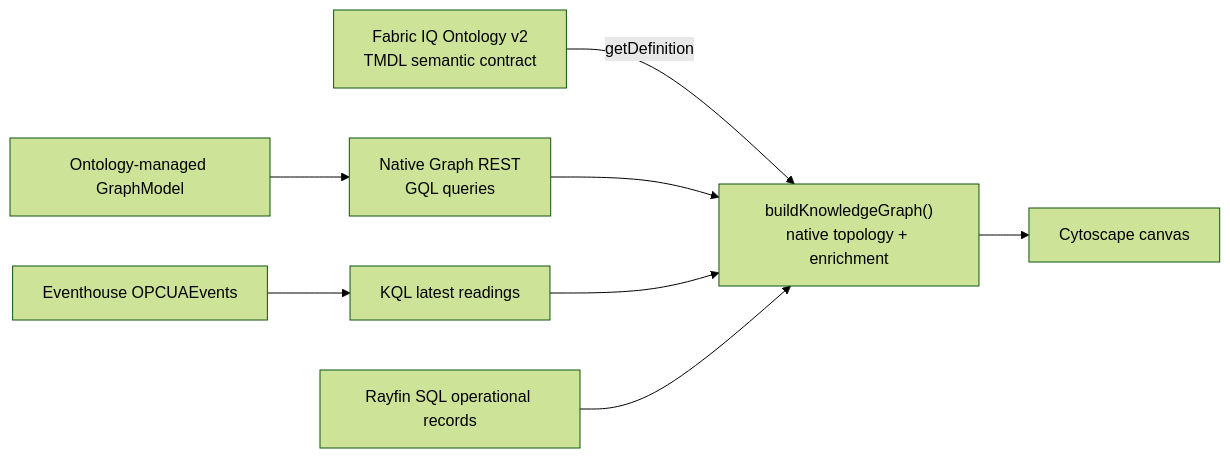
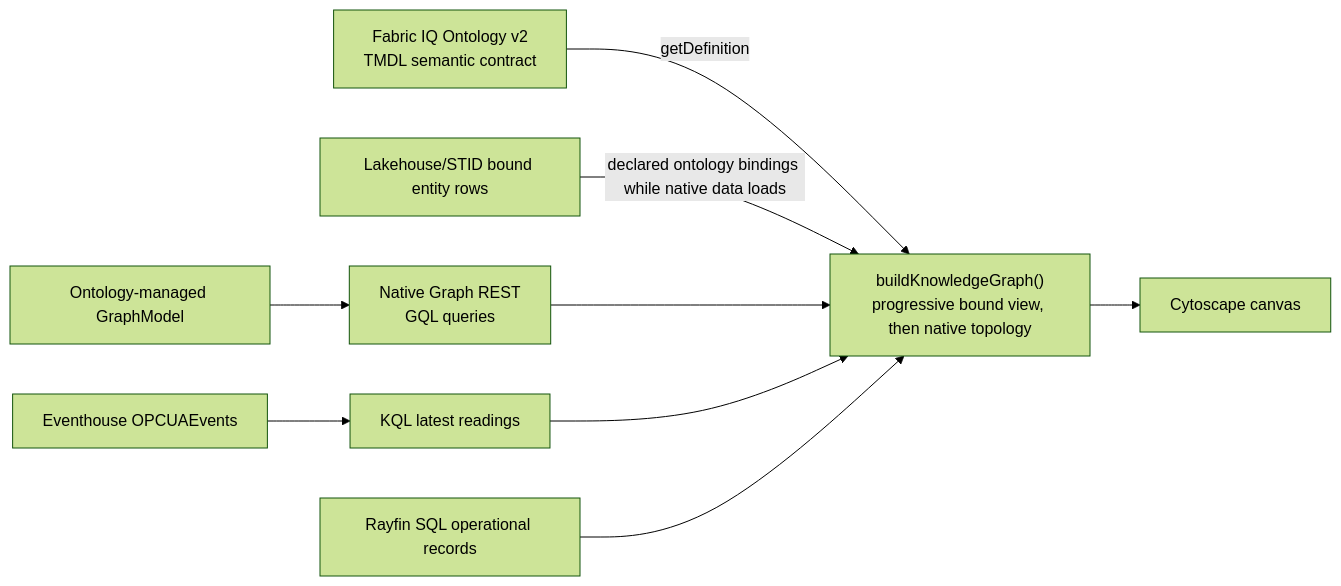
Before and after one commit to dibakardharchoudhury/FabricIQAppsDEMO: the diagram in docs/knowledge-graph.md, drawn with Mermaid (forest theme). The commit also changed other lines of this file and 17 other files, not shown here.

First line of the commit message:
fix: restore independent SQL setup and progressive ontology graph loading

````diff
--- a/docs/knowledge-graph.md
+++ b/docs/knowledge-graph.md
@@ -98,17 +98,19 @@
 ```mermaid
 flowchart LR
    DEF["Fabric IQ Ontology v2\nTMDL semantic contract"]
+   STID["Lakehouse/STID bound entity rows"]
    GM["Ontology-managed GraphModel"]
     EH["Eventhouse OPCUAEvents"]
     SQL["Rayfin SQL operational records"]
    GQL["Native Graph REST\nGQL queries"]
     KQL["KQL latest readings"]
-   BUILD["buildKnowledgeGraph()\nnative topology + enrichment"]
+   BUILD["buildKnowledgeGraph()\nprogressive bound view, then native topology"]
     CY["Cytoscape canvas"]
 
    DEF -->|"getDefinition"| BUILD
+   STID -->|"declared ontology bindings while native data loads"| BUILD
    GM --> GQL --> BUILD
     EH --> KQL --> BUILD
     SQL --> BUILD
     BUILD --> CY
 ```
````
